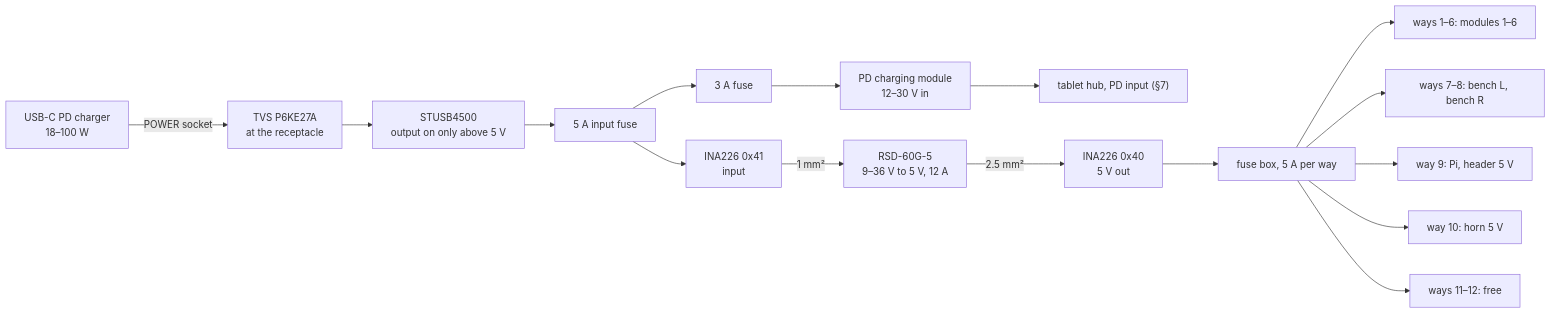
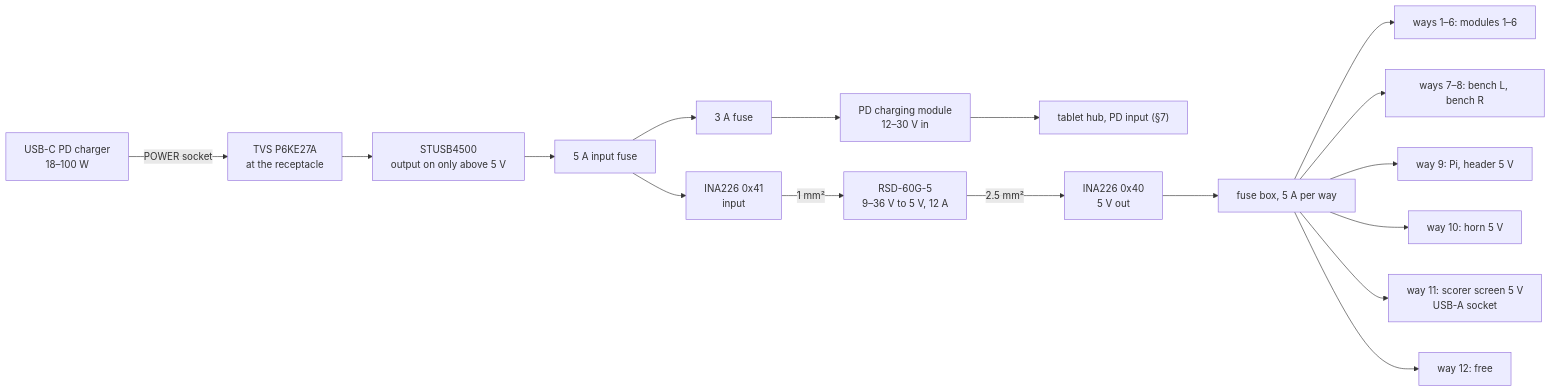
One commit to Lucanepa/point-hub changed the second of 3 diagrams in docs/diy-panel/BUILD.md. Above: the diagram before and after it, drawn with Mermaid. The commit also changed other lines of this file, not shown here.

First line of the commit message:
docs(board): scorer screen is the 16" MINIX SF16T Touch, 10.1" becomes the alternative

````diff
--- a/docs/diy-panel/BUILD.md
+++ b/docs/diy-panel/BUILD.md
@@ -487,18 +511,19 @@
 ```mermaid
 graph LR
   CH["USB-C PD charger<br/>18–100 W"] -->|POWER socket| TVS["TVS P6KE27A<br/>at the receptacle"]
   TVS --> O["STUSB4500<br/>output on only above 5 V"]
   O --> F5["5 A input fuse"]
   F5 --> INI["INA226 0x41<br/>input"]
   INI -->|"1 mm²"| N["RSD-60G-5<br/>9–36 V to 5 V, 12 A"]
   F5 --> F3["3 A fuse"]
   F3 --> PDS["PD charging module<br/>12–30 V in"]
   PDS --> HUB["tablet hub, PD input (§7)"]
   N -->|"2.5 mm²"| INO["INA226 0x40<br/>5 V out"]
   INO --> Q["fuse box, 5 A per way"]
   Q --> MOD["ways 1–6: modules 1–6"]
   Q --> BEN["ways 7–8: bench L, bench R"]
   Q --> PI["way 9: Pi, header 5 V"]
   Q --> HORN["way 10: horn 5 V"]
-  Q --> FREE["ways 11–12: free"]
+  Q --> SCR["way 11: scorer screen 5 V<br/>USB-A socket"]
+  Q --> FREE["way 12: free"]
 ```
````
